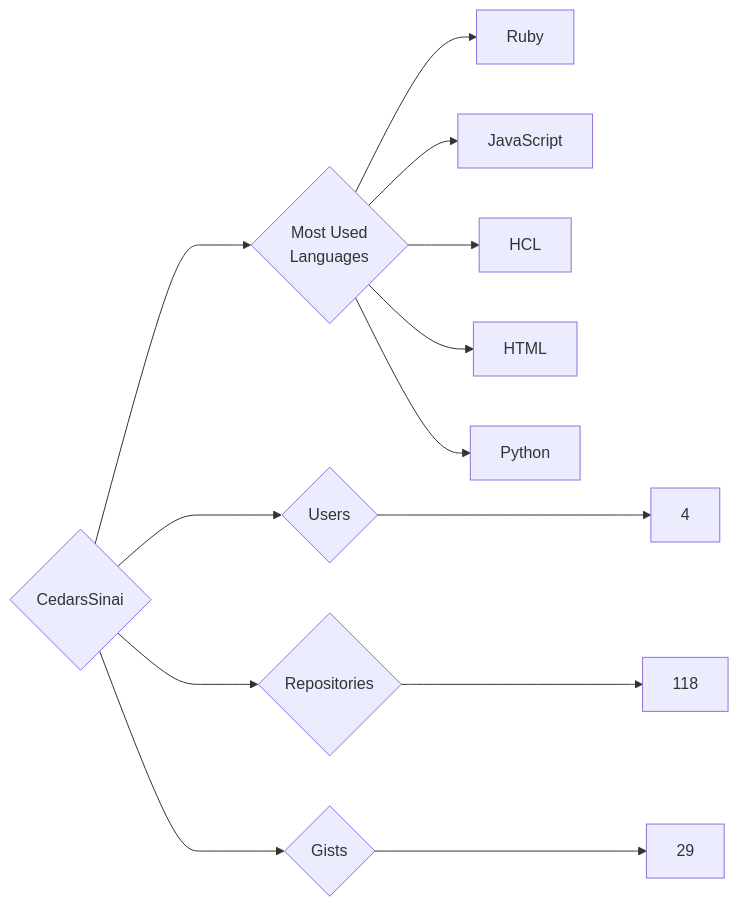
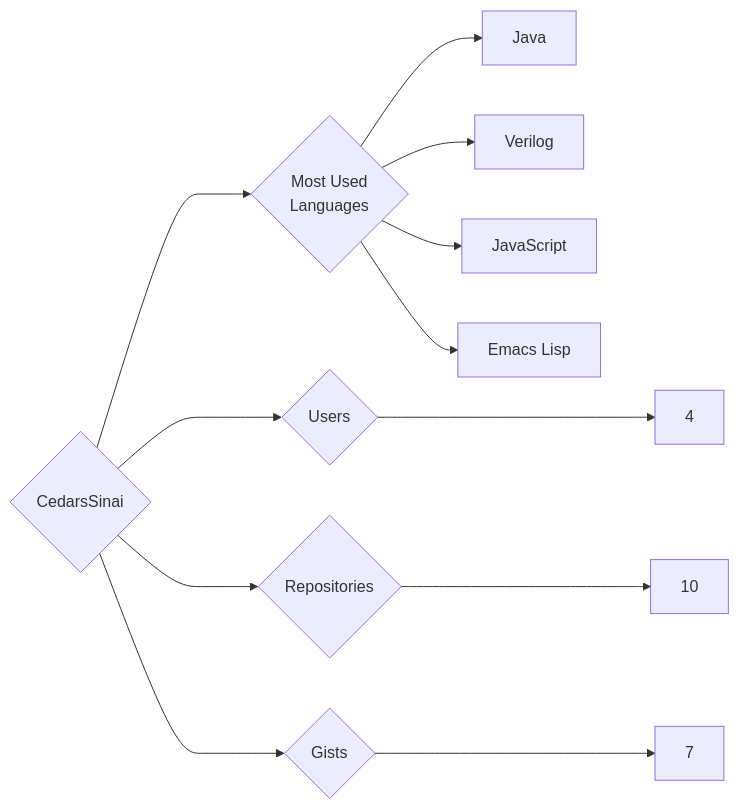
The diagram in targets/CedarsSinai/README.md (trickest/insiders), drawn with Mermaid before and after one commit. The commit also changed 840 other files, not shown here.

````diff
--- a/targets/CedarsSinai/README.md
+++ b/targets/CedarsSinai/README.md
@@ -3,13 +3,12 @@
 ```mermaid
 graph LR
 COMPANY_NAME{CedarsSinai}
 COMPANY_NAME ---> U{Users} ---> UN[4]
-COMPANY_NAME ---> R{Repositories} ---> RN[118]
-COMPANY_NAME ---> G{Gists} ---> GN[29]
+COMPANY_NAME ---> R{Repositories} ---> RN[10]
+COMPANY_NAME ---> G{Gists} ---> GN[7]
 COMPANY_NAME ---> ML{Most Used<br>Languages}
-ML --> Ruby[Ruby]
+ML --> Java[Java]
+ML --> Verilog[Verilog]
 ML --> JavaScript[JavaScript]
-ML --> HCL[HCL]
-ML --> HTML[HTML]
-ML --> Python[Python]
+ML --> Emacs_Lisp[Emacs Lisp]
 ```
````
